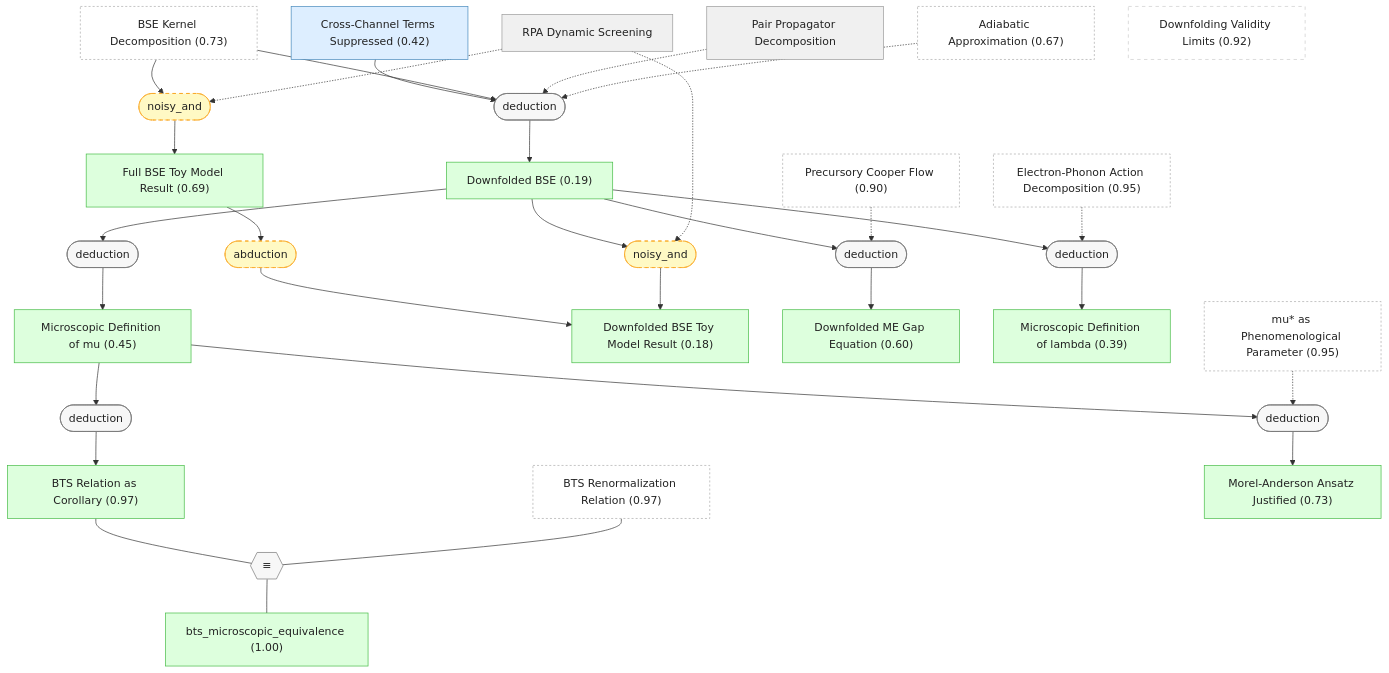
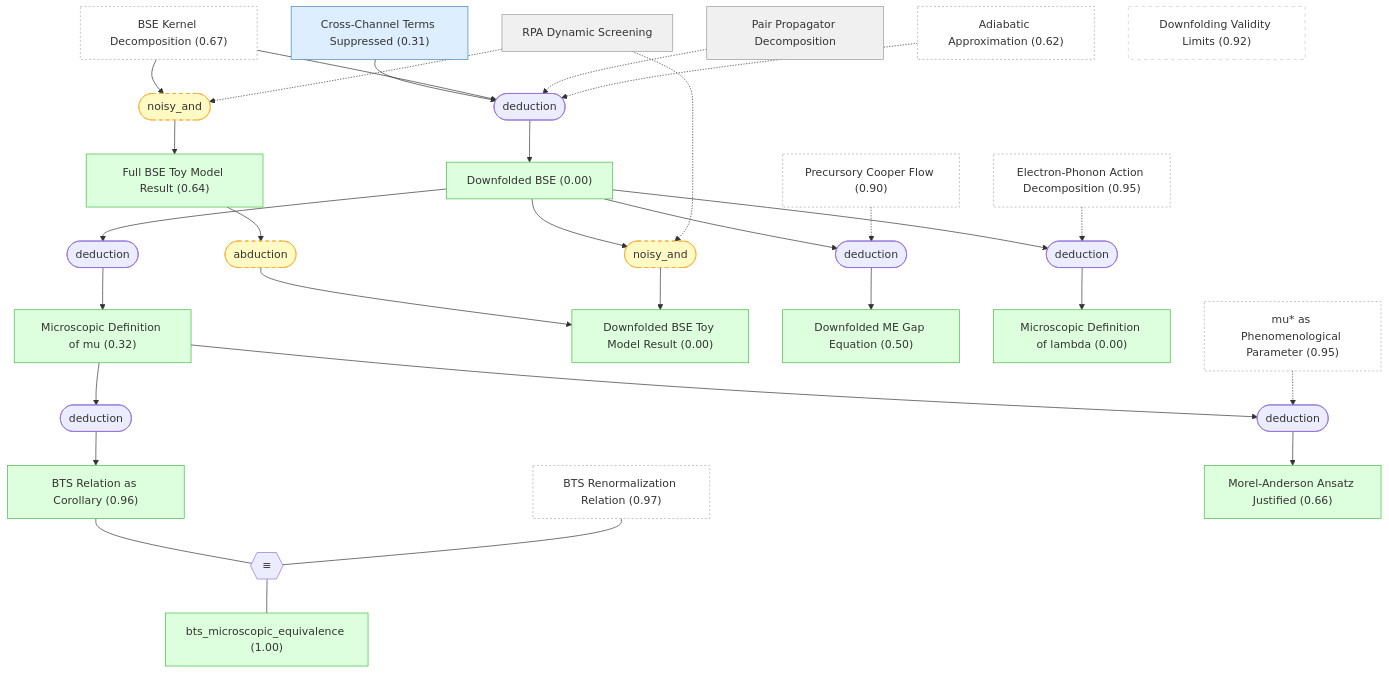
One commit to kunyuan/SuperconductivityElectronLiquids.gaia changed the third of 6 diagrams in README.md. Above: the diagram before and after it, drawn with Mermaid. The commit also changed other lines of this file, not shown here.

Commit message:
docs: regenerate README with induction strategy

````diff
--- a/README.md
+++ b/README.md
@@ -257,73 +253,71 @@
 ```mermaid
 graph TD
-    adiabatic_approx["Adiabatic Approximation (0.67)"]:::external
+    adiabatic_approx["Adiabatic Approximation (0.62)"]:::external
     bts_renormalization["BTS Renormalization Relation (0.97)"]:::external
     mu_star_phenomenological["mu#ast; as Phenomenological Parameter (0.95)"]:::external
     electron_phonon_action["Electron-Phonon Action Decomposition (0.95)"]:::external
-    bse_kernel_decomposition["BSE Kernel Decomposition (0.73)"]:::external
+    bse_kernel_decomposition["BSE Kernel Decomposition (0.67)"]:::external
     precursory_cooper_flow["Precursory Cooper Flow (0.90)"]:::external
     pair_propagator_decomposition["Pair Propagator Decomposition"]:::setting
-    cross_term_suppressed["Cross-Channel Terms Suppressed (0.42)"]:::premise
+    cross_term_suppressed["Cross-Channel Terms Suppressed (0.31)"]:::premise
     rpa_dynamic_screening["RPA Dynamic Screening"]:::setting
-    full_bse_toy_model["Full BSE Toy Model Result (0.69)"]:::derived
-    downfolded_bse_toy_model["Downfolded BSE Toy Model Result (0.18)"]:::derived
+    full_bse_toy_model["Full BSE Toy Model Result (0.64)"]:::derived
+    downfolded_bse_toy_model["Downfolded BSE Toy Model Result (0.00)"]:::derived
     downfolding_validity_limits["Downfolding Validity Limits (0.92)"]:::orphan
-    downfolded_bse["Downfolded BSE (0.19)"]:::derived
-    downfolded_me_equation["Downfolded ME Gap Equation (0.60)"]:::derived
-    lambda_microscopic_definition["Microscopic Definition of lambda (0.39)"]:::derived
-    mu_microscopic_definition["Microscopic Definition of mu (0.45)"]:::derived
-    mu_scale_independence["BTS Relation as Corollary (0.97)"]:::derived
+    downfolded_bse["Downfolded BSE (0.00)"]:::derived
+    downfolded_me_equation["Downfolded ME Gap Equation (0.50)"]:::derived
+    lambda_microscopic_definition["Microscopic Definition of lambda (0.00)"]:::derived
+    mu_microscopic_definition["Microscopic Definition of mu (0.32)"]:::derived
+    mu_scale_independence["BTS Relation as Corollary (0.96)"]:::derived
     bts_microscopic_equivalence["bts_microscopic_equivalence (1.00)"]:::derived
-    ma_pseudopotential_justified["Morel-Anderson Ansatz Justified (0.73)"]:::derived
+    ma_pseudopotential_justified["Morel-Anderson Ansatz Justified (0.66)"]:::derived
     strat_2(["noisy_and"]):::weak
     bse_kernel_decomposition --> strat_2
     rpa_dynamic_screening -.-> strat_2
     strat_2 --> full_bse_toy_model
     strat_3(["abduction"]):::weak
     full_bse_toy_model --> strat_3
     strat_3 --> downfolded_bse_toy_model
-    strat_4(["deduction"]):::strategy
+    strat_4(["deduction"])
     cross_term_suppressed --> strat_4
     bse_kernel_decomposition --> strat_4
     pair_propagator_decomposition -.-> strat_4
     adiabatic_approx -.-> strat_4
     strat_4 --> downfolded_bse
     strat_5(["noisy_and"]):::weak
     downfolded_bse --> strat_5
     rpa_dynamic_screening -.-> strat_5
     strat_5 --> downfolded_bse_toy_model
-    strat_6(["deduction"]):::strategy
+    strat_6(["deduction"])
     downfolded_bse --> strat_6
     precursory_cooper_flow -.-> strat_6
     strat_6 --> downfolded_me_equation
-    strat_7(["deduction"]):::strategy
+    strat_7(["deduction"])
     downfolded_bse --> strat_7
     electron_phonon_action -.-> strat_7
     strat_7 --> lambda_microscopic_definition
-    strat_8(["deduction"]):::strategy
+    strat_8(["deduction"])
     downfolded_bse --> strat_8
     strat_8 --> mu_microscopic_definition
-    strat_9(["deduction"]):::strategy
+    strat_9(["deduction"])
     mu_microscopic_definition --> strat_9
     strat_9 --> mu_scale_independence
-    strat_10(["deduction"]):::strategy
+    strat_10(["deduction"])
     mu_microscopic_definition --> strat_10
     mu_star_phenomenological -.-> strat_10
     strat_10 --> ma_pseudopotential_justified
-    oper_0{{"≡"}}:::operator
+    oper_0{{"≡"}}
     mu_scale_independence --- oper_0
     bts_renormalization --- oper_0
     oper_0 --- bts_microscopic_equivalence
 
-    classDef setting fill:#f0f0f0,stroke:#999,color:#222
-    classDef premise fill:#ddeeff,stroke:#4488bb,color:#222
-    classDef derived fill:#ddffdd,stroke:#44bb44,color:#222
-    classDef question fill:#fff3dd,stroke:#cc9944,color:#222
-    classDef background fill:#f5f5f5,stroke:#bbb,stroke-dasharray: 5 5,color:#222
-    classDef orphan fill:#fff,stroke:#ccc,stroke-dasharray: 5 5,color:#222
-    classDef external fill:#fff,stroke:#aaa,stroke-dasharray: 3 3,color:#222
-    classDef strategy fill:#f7f7f7,stroke:#777,color:#222
-    classDef operator fill:#f7f7f7,stroke:#777,color:#222
-    classDef weak fill:#fff9c4,stroke:#f9a825,stroke-dasharray: 5 5,color:#222
-    classDef contra fill:#ffebee,stroke:#c62828,color:#222
+    classDef setting fill:#f0f0f0,stroke:#999,color:#333
+    classDef premise fill:#ddeeff,stroke:#4488bb,color:#333
+    classDef derived fill:#ddffdd,stroke:#44bb44,color:#333
+    classDef question fill:#fff3dd,stroke:#cc9944,color:#333
+    classDef background fill:#f5f5f5,stroke:#bbb,stroke-dasharray: 5 5,color:#333
+    classDef orphan fill:#fff,stroke:#ccc,stroke-dasharray: 5 5,color:#333
+    classDef external fill:#fff,stroke:#aaa,stroke-dasharray: 3 3,color:#333
+    classDef weak fill:#fff9c4,stroke:#f9a825,stroke-dasharray: 5 5,color:#333
+    classDef contra fill:#ffebee,stroke:#c62828,color:#333
 ```
````
